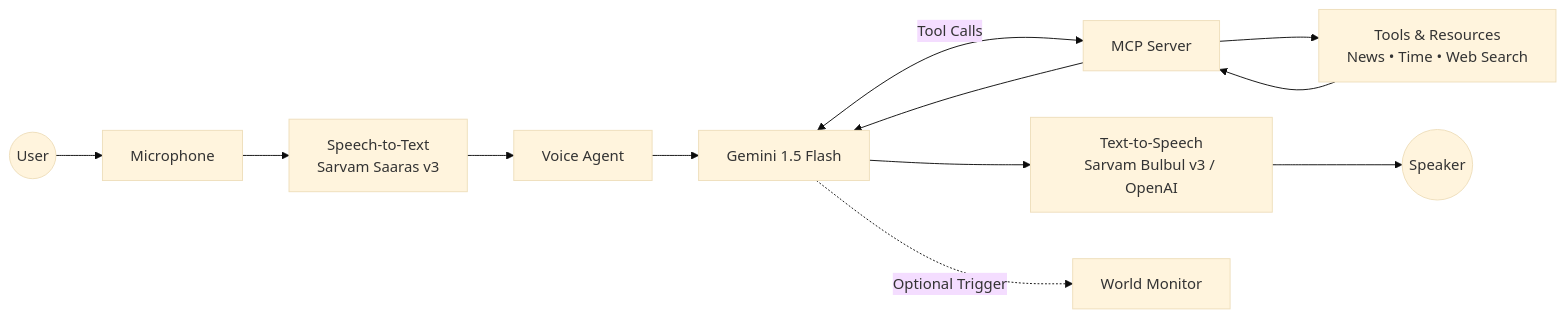
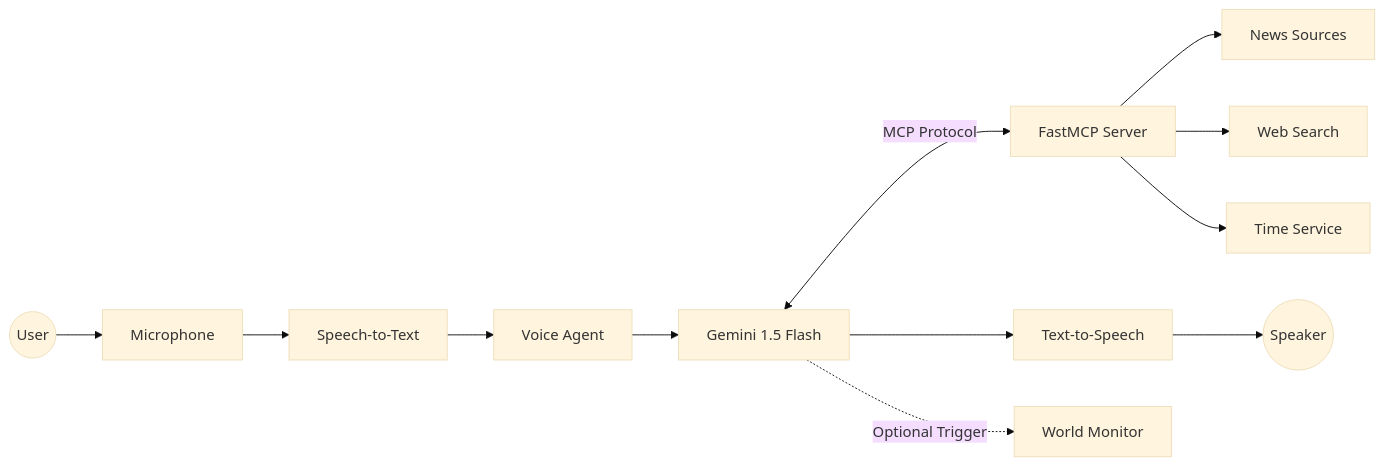
Before and after one commit to BM-6337/Project-FRIDAY: the diagram in README.md, drawn with Mermaid (base theme).

````diff
--- a/README.md
+++ b/README.md
@@ -36,36 +36,37 @@
 ```mermaid
 flowchart LR
 
-    U((User))
-    MIC[Microphone]
-    STT[Speech-to-Text<br/>Sarvam Saaras v3]
+User((User))
+--> Mic[Microphone]
 
-    AGENT[Voice Agent]
+Mic
+--> STT[Speech-to-Text]
 
-    LLM[Gemini 1.5 Flash]
+STT
+--> Agent[Voice Agent]
 
-    MCP[MCP Server]
+Agent
+--> LLM[Gemini 1.5 Flash]
 
-    TOOLS[Tools & Resources<br/>News • Time • Web Search]
+LLM
+<-->|MCP Protocol| MCP[FastMCP Server]
 
-    TTS[Text-to-Speech<br/>Sarvam Bulbul v3 / OpenAI]
+MCP
+--> News[News Sources]
 
-    SPK((Speaker))
+MCP
+--> Search[Web Search]
 
-    DASH[World Monitor]
+MCP
+--> Time[Time Service]
 
-    U --> MIC
-    MIC --> STT
-    STT --> AGENT
-    AGENT --> LLM
+LLM
+--> TTS[Text-to-Speech]
 
-    LLM <-->|Tool Calls| MCP
-    MCP --> TOOLS
-    TOOLS --> MCP
-    MCP --> LLM
+TTS
+--> Speaker((Speaker))
 
-    LLM --> TTS
-    TTS --> SPK
-
-    LLM -. Optional Trigger .-> DASH
+LLM
+-. Optional Trigger .->
+Dashboard[World Monitor]
 ```
````
